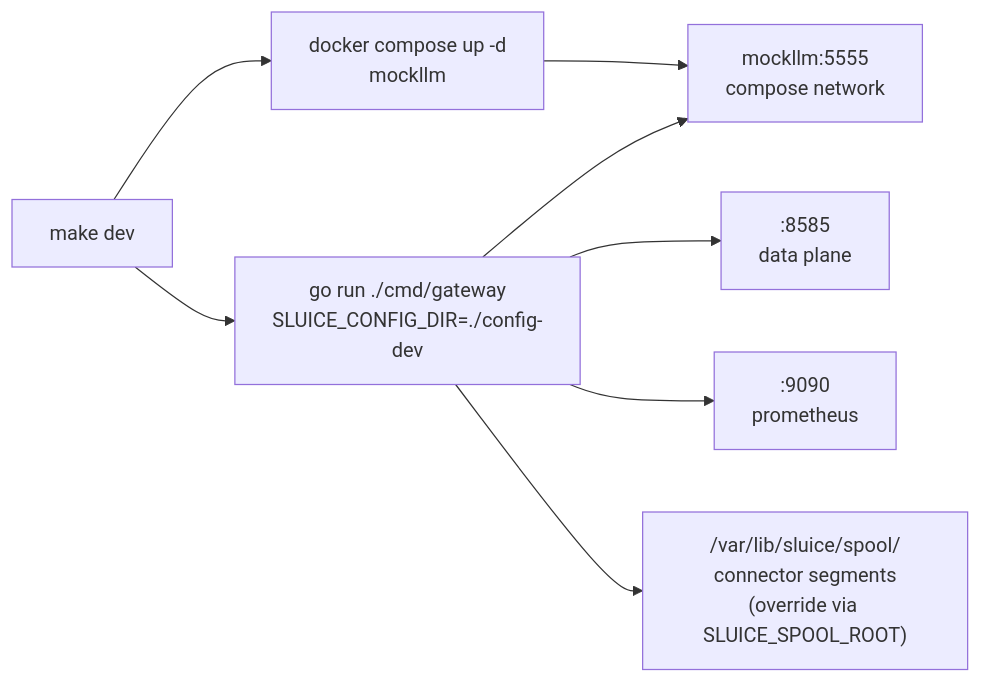
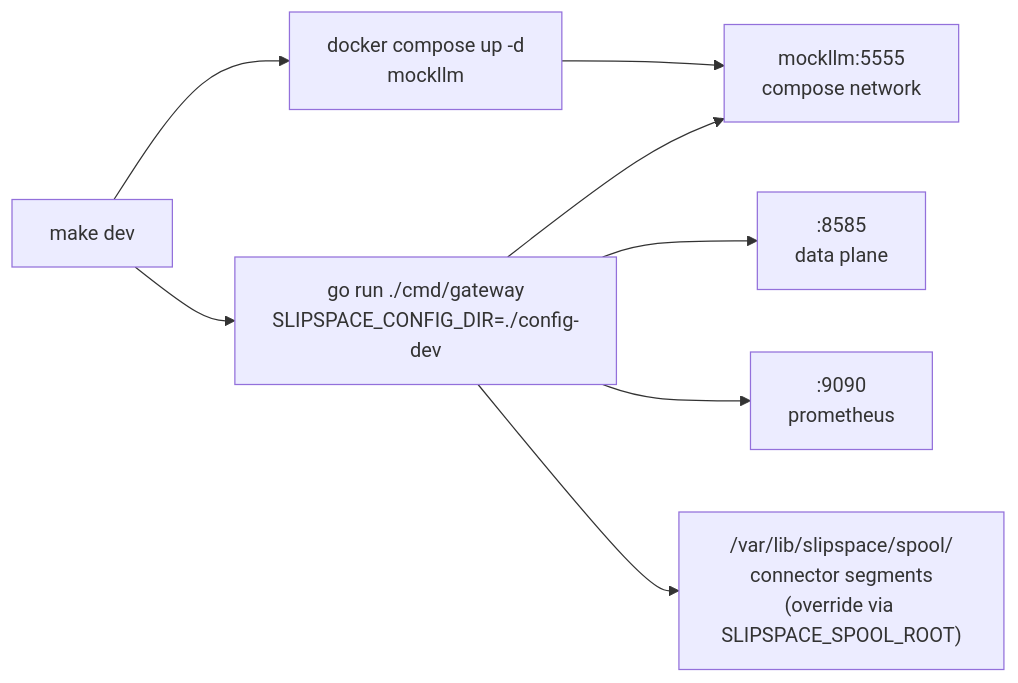
One commit to andyjmorgan/slipspace-gateway changed the first of 3 diagrams in docs/local-development.md. Above: the diagram before and after it, drawn with Mermaid. The commit also changed other lines of this file and 212 other files, not shown here.

````diff
--- a/docs/local-development.md
+++ b/docs/local-development.md
@@ -47,10 +47,10 @@
 ```mermaid
 flowchart LR
     Dev[make dev] --> Compose[docker compose up -d<br/>mockllm]
-    Dev --> GoRun[go run ./cmd/gateway<br/>SLUICE_CONFIG_DIR=./config-dev]
+    Dev --> GoRun[go run ./cmd/gateway<br/>SLIPSPACE_CONFIG_DIR=./config-dev]
     Compose --> Mock[mockllm:5555<br/>compose network]
     GoRun --> Data[":8585<br/>data plane"]
     GoRun --> Prom[":9090<br/>prometheus"]
     GoRun --> Mock
-    GoRun --> Spool["/var/lib/sluice/spool/<br/>connector segments<br/>(override via SLUICE_SPOOL_ROOT)"]
+    GoRun --> Spool["/var/lib/slipspace/spool/<br/>connector segments<br/>(override via SLIPSPACE_SPOOL_ROOT)"]
 ```
````
